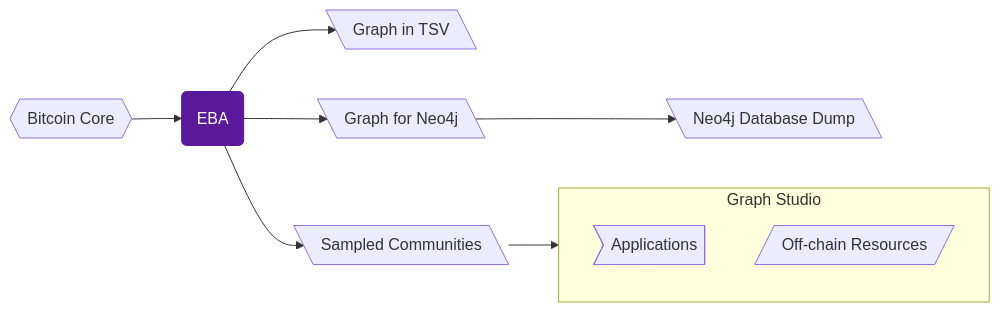
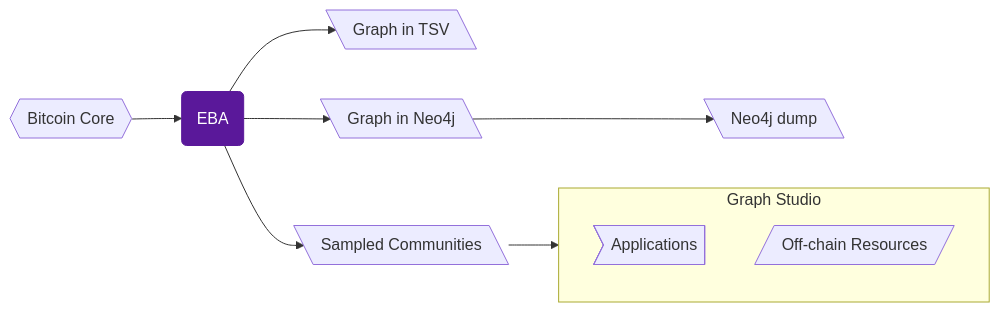
The diagram in README.md (VJalili/MSPC), drawn with Mermaid before and after one commit.

````diff
--- a/README.md
+++ b/README.md
@@ -1,31 +1,31 @@
 ```mermaid
 graph LR
     bitcoin{{Bitcoin Core}} --> eba(EBA);
     eba --> tsv[\Graph in TSV\];
-    eba --> neo4j[\Graph for Neo4j\];
-    neo4j --> neo4jDump[\Neo4j Database Dump\];
+    eba --> neo4j[\Graph in Neo4j\];
+    neo4j --> neo4jDump[\Neo4j dump\];
 
     subgraph gStudio[Graph Studio]
         direction TB
         apps>Applications];
 
         offchain[/Off-chain Resources/];
 
         %%offchain --> apps;
     end
 
     eba --> coms[\Sampled Communities\];
     coms --> apps;    
 
     %% --- Link Definitions ---
     click eba "#opt1" "Go to Pre-built Model Section"
 
     %% --- Styling ---
     %%style eba fill:#ff9e00,stroke:#ff9e00,color:#000
     style eba fill:#5a189a,stroke:#5a189a,color:#fff
     %%style bitcoin fill:#7b2cbf,stroke:#7b2cbf,color:#fff
     %%style bitcoin fill:#5a189a,stroke:#5a189a,color:#fff
     %%style bitcoin fill:#3c096c,stroke:#3c096c,color:#fff
     %%style gStudio fill:#3c096c,stroke:#3c096c,color:#fff
     %%style gStudio fill:#2E2933,stroke:#2E2933,color:#fff
 ```
````
